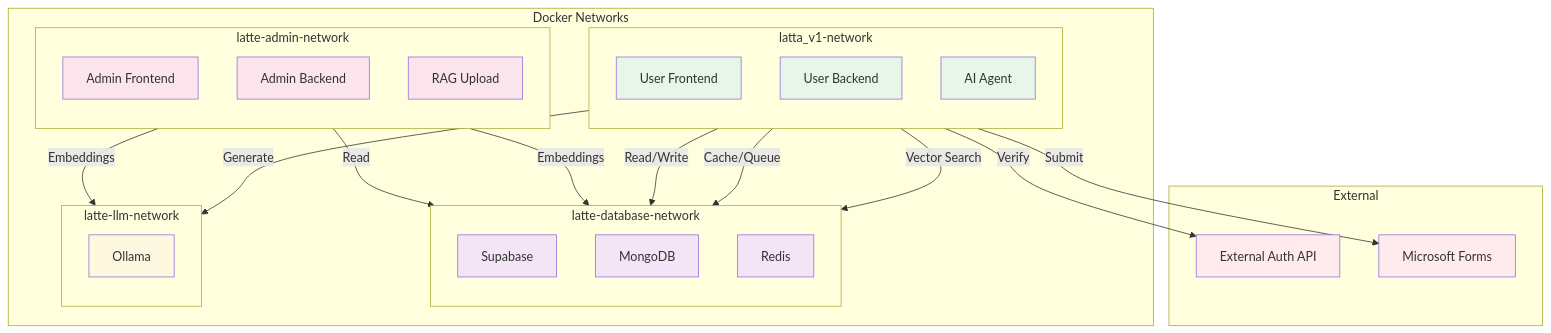
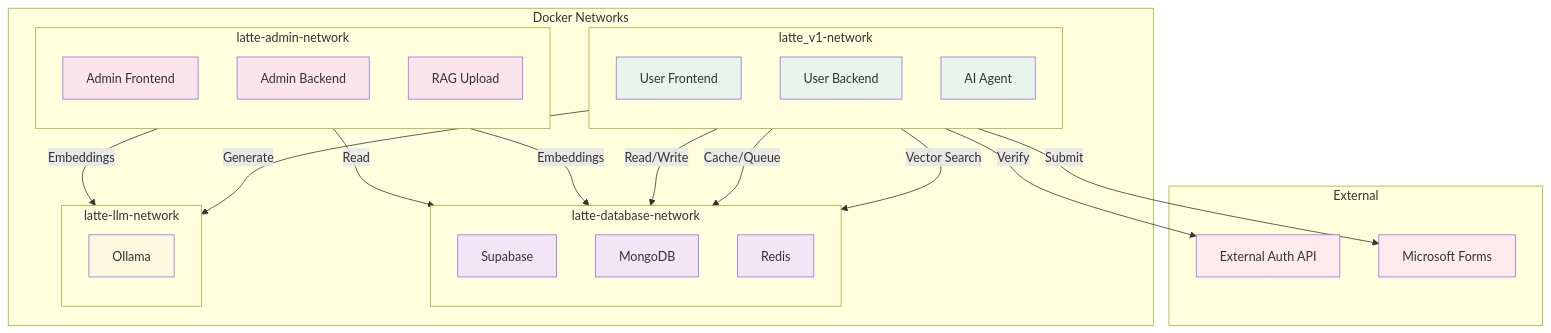
One commit to AtiwitchJ/customer-service-ai-chatbot changed the tenth of 15 diagrams in ARCHITECTURE.md. Above: the diagram before and after it, drawn with Mermaid. The commit also changed other lines of this file and 10 other files, not shown here.

First line of the commit message:
refactor: standardize project naming from 'latta' to 'latte' across documentation and configurations

````diff
--- a/ARCHITECTURE.md
+++ b/ARCHITECTURE.md
@@ -569,62 +569,62 @@
 ```mermaid
 graph TB
     subgraph DockerNetworks["Docker Networks"]
         subgraph DatabaseNet["latte-database-network"]
             direction TB
             DB1[Supabase]
             DB2[MongoDB]
             DB3[Redis]
         end
         
-        subgraph UserNet["latta_v1-network"]
+        subgraph UserNet["latte_v1-network"]
             direction TB
             U1[User Frontend]
             U2[User Backend]
             U3[AI Agent]
         end
         
         subgraph AdminNet["latte-admin-network"]
             direction TB
             A1[Admin Frontend]
             A2[Admin Backend]
             A3[RAG Upload]
         end
         
         subgraph LLMNet["latte-llm-network"]
             direction TB
             L1[Ollama]
         end
     end
     
     subgraph ExternalNet["External"]
         EXT1[External Auth API]
         EXT2[Microsoft Forms]
     end
     
     %% Cross-network connections
     U2 -->|Read/Write| DB2
     U2 -->|Cache/Queue| DB3
     U3 -->|Vector Search| DB1
     
     A2 -->|Read| DB1
     A3 -->|Embeddings| DB1
     
     U3 -->|Generate| L1
     A3 -->|Embeddings| L1
     
     U2 -->|Verify| EXT1
     U3 -->|Submit| EXT2
     
     %% Styling
     classDef db fill:#f3e5f5
     classDef user fill:#e8f5e9
     classDef admin fill:#fce4ec
     classDef llm fill:#fff8e1
     classDef ext fill:#ffebee
     
     class DB1,DB2,DB3 db
     class U1,U2,U3 user
     class A1,A2,A3 admin
     class L1 llm
     class EXT1,EXT2 ext
 ```
````
